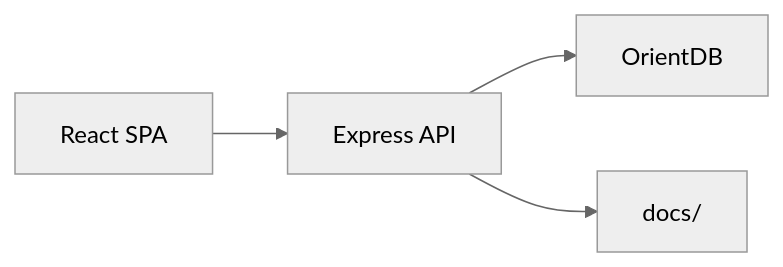
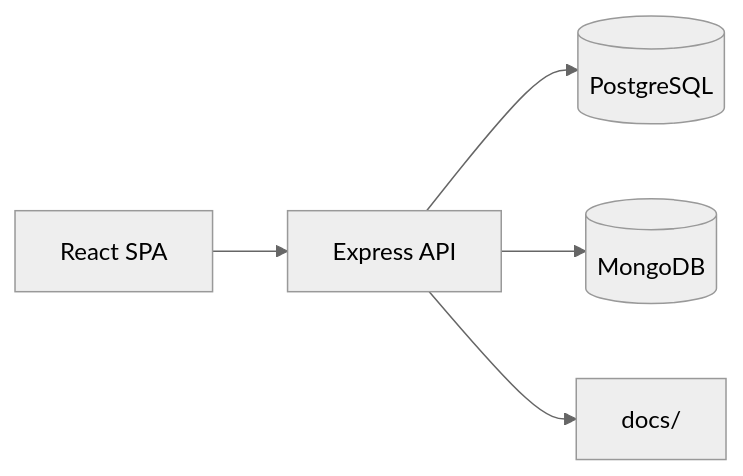
One commit to sajjadzea/energyiran-2 changed the diagram in docs/architecture.md. Above: the diagram before and after it, drawn with Mermaid (neutral theme). The commit also changed other lines of this file and 10 other files, not shown here.

Commit message:
Add PostgreSQL and MongoDB support

````diff
--- a/docs/architecture.md
+++ b/docs/architecture.md
@@ -7,6 +7,7 @@
 ```mermaid
 graph LR
   FE[React SPA] --> BE[Express API]
-  BE --> DB[OrientDB]
+  BE --> PG[(PostgreSQL)]
+  BE --> MG[(MongoDB)]
   BE --> Docs[docs/]
 ```
````
